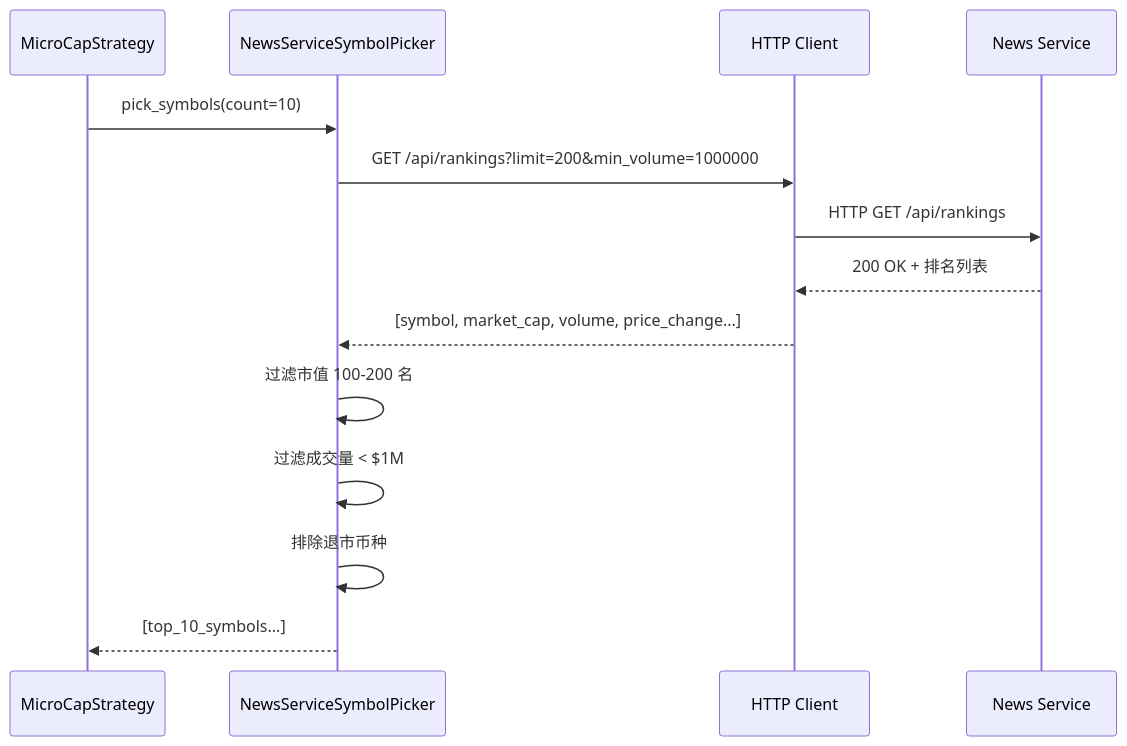
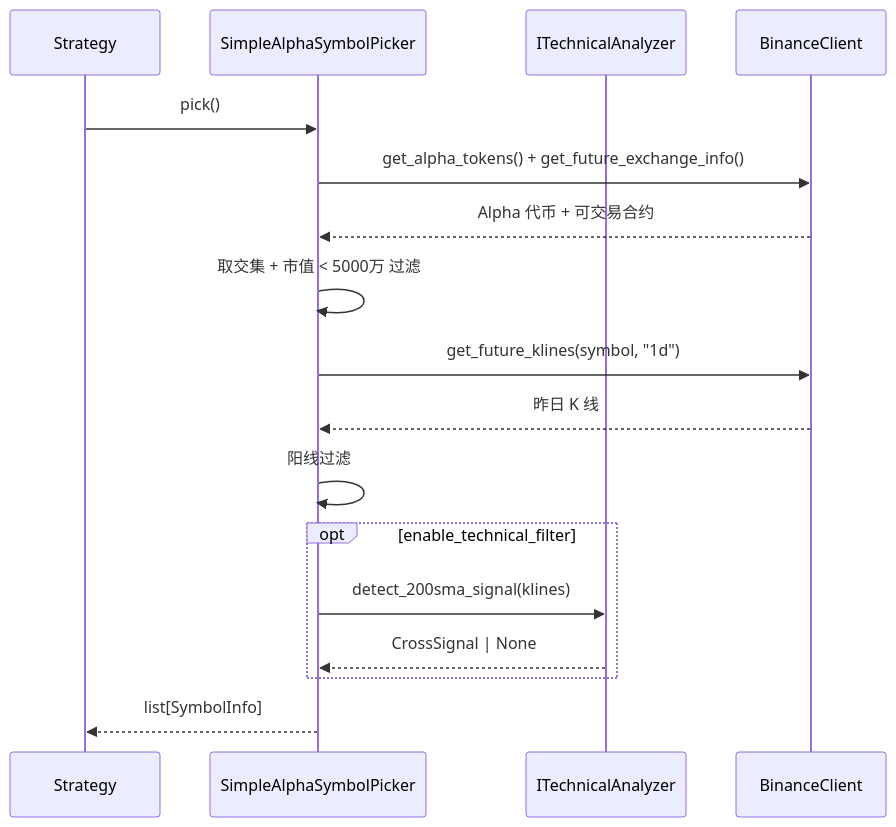
One commit to cqlwm/trading-service changed the third of 6 diagrams in architecture_document/06-integration.md. Above: the diagram before and after it, drawn with Mermaid. The commit also changed other lines of this file and 15 other files, not shown here.

First line of the commit message:
fix: 修复 SymbolPicker 与 TechnicalAnalyzer 架构设计问题

````diff
--- a/architecture_document/06-integration.md
+++ b/architecture_document/06-integration.md
@@ -102,20 +104,20 @@
 ```mermaid
 sequenceDiagram
-    participant Strategy as MicroCapStrategy
-    participant Picker as NewsServiceSymbolPicker
-    participant HTTP as HTTP Client
-    participant NS as News Service
+    participant Strategy as Strategy
+    participant Picker as SimpleAlphaSymbolPicker
+    participant Analyzer as ITechnicalAnalyzer
+    participant Binance as BinanceClient
 
-    Strategy->>Picker: pick_symbols(count=10)
-    Picker->>HTTP: GET /api/rankings?limit=200&min_volume=1000000
-    
-    HTTP->>NS: HTTP GET /api/rankings
-    NS-->>HTTP: 200 OK + 排名列表
-    HTTP-->>Picker: [symbol, market_cap, volume, price_change...]
-    
-    Picker->>Picker: 过滤市值 100-200 名
-    Picker->>Picker: 过滤成交量 < $1M
-    Picker->>Picker: 排除退市币种
-    
-    Picker-->>Strategy: [top_10_symbols...]
+    Strategy->>Picker: pick()
+    Picker->>Binance: get_alpha_tokens() + get_future_exchange_info()
+    Binance-->>Picker: Alpha 代币 + 可交易合约
+    Picker->>Picker: 取交集 + 市值 < 5000万 过滤
+    Picker->>Binance: get_future_klines(symbol, "1d")
+    Binance-->>Picker: 昨日 K 线
+    Picker->>Picker: 阳线过滤
+    opt enable_technical_filter
+        Picker->>Analyzer: detect_200sma_signal(klines)
+        Analyzer-->>Picker: CrossSignal | None
+    end
+    Picker-->>Strategy: list[SymbolInfo]
 ```
````
